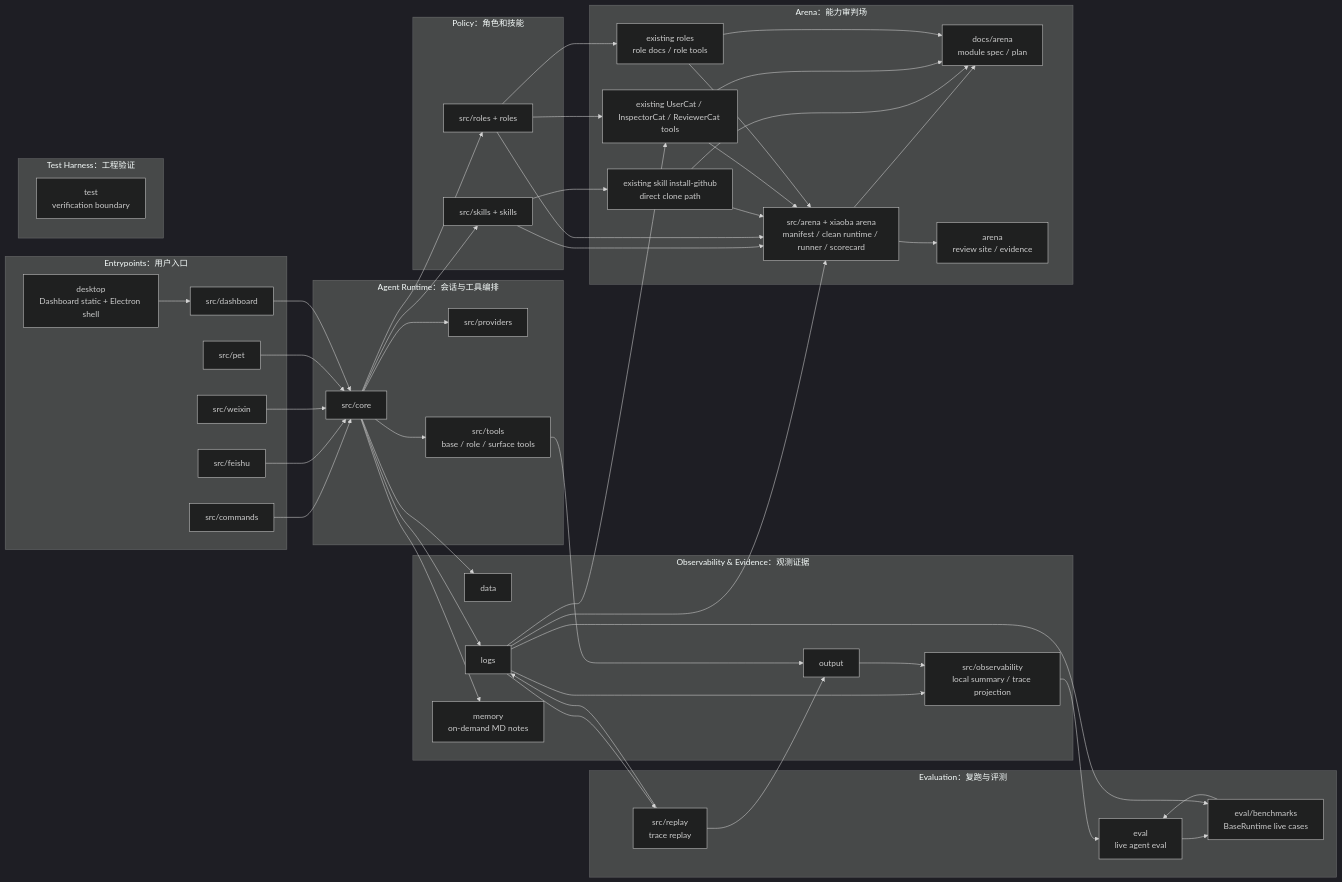
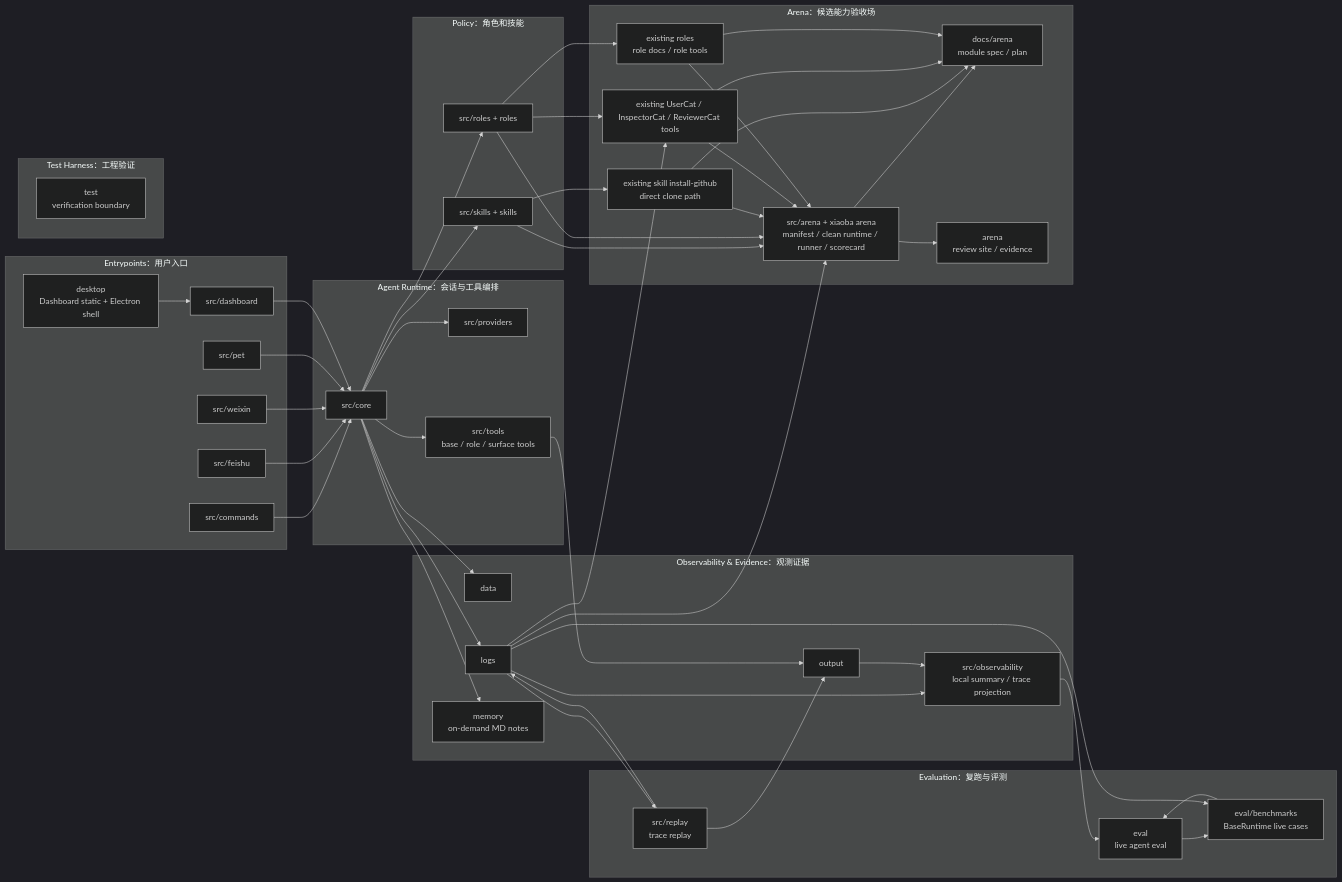
Before and after one commit to fightheyyy/XiaoBa-CLI: the first of 3 diagrams in docs/SPEC.md, drawn with Mermaid (dark theme). The commit also changed other lines of this file and 149 other files, not shown here.

Commit message:
Consolidate seven-role runtime architecture

```diff
--- a/docs/SPEC.md
+++ b/docs/SPEC.md
@@ -99,7 +99,7 @@
         EvalBench["eval/benchmarks<br/>BaseRuntime live cases"]
     end
 
-    subgraph ArenaModule["Arena：能力审判场"]
+    subgraph ArenaModule["Arena：候选能力验收场"]
         ArenaDocs["docs/arena<br/>module spec / plan"]
         ArenaSite["arena<br/>review site / evidence"]
         ArenaCtl["src/arena + xiaoba arena<br/>manifest / clean runtime / runner / scorecard"]
```
